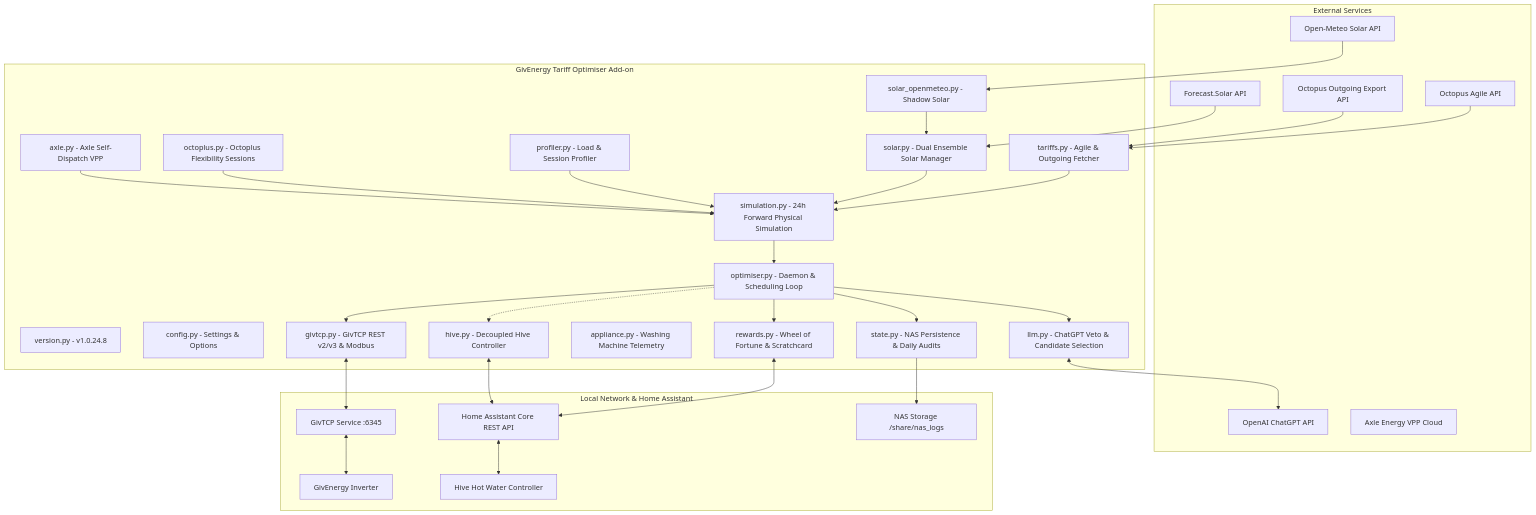
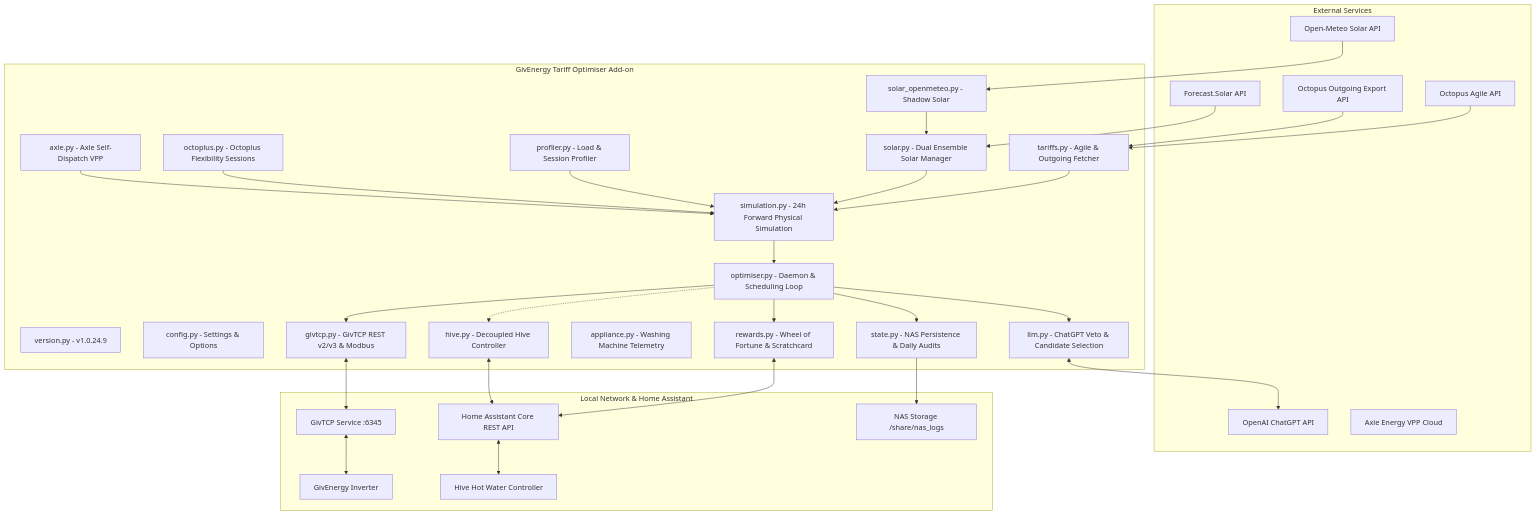
The first of 3 diagrams in ha-addon/SPECIFICATION.md (revhawk/GivEnergy_Tracker), drawn with Mermaid before and after one commit. The commit also changed other lines of this file and 12 other files, not shown here.

````diff
--- a/ha-addon/SPECIFICATION.md
+++ b/ha-addon/SPECIFICATION.md
@@ -19,67 +19,67 @@
 ```mermaid
 graph TD
     subgraph External Services
         Agile[Octopus Agile API]
         Outgoing[Octopus Outgoing Export API]
         FSolar[Forecast.Solar API]
         OMeteo[Open-Meteo Solar API]
         OpenAI[OpenAI ChatGPT API]
         Axle_Cloud[Axle Energy VPP Cloud]
     end
 
     subgraph GivEnergy Tariff Optimiser Add-on
-        Version[version.py - v1.0.24.8]
+        Version[version.py - v1.0.24.9]
         Config[config.py - Settings & Options]
         Optimiser[optimiser.py - Daemon & Scheduling Loop]
         SimEngine[simulation.py - 24h Forward Physical Simulation]
         Tariff_Mod[tariffs.py - Agile & Outgoing Fetcher]
         Solar_Mod[solar.py - Dual Ensemble Solar Manager]
         Meteo_Mod[solar_openmeteo.py - Shadow Solar]
         Profiler_Mod[profiler.py - Load & Session Profiler]
         GivTCP_Mod[givtcp.py - GivTCP REST v2/v3 & Modbus]
         Octoplus_Mod[octoplus.py - Octoplus Flexibility Sessions]
         Axle_Mod[axle.py - Axle Self-Dispatch VPP]
         Rewards_Mod[rewards.py - Wheel of Fortune & Scratchcard]
         Appliance_Mod[appliance.py - Washing Machine Telemetry]
         State_Mod[state.py - NAS Persistence & Daily Audits]
         LLM_Mod[llm.py - ChatGPT Veto & Candidate Selection]
         Hive_Mod[hive.py - Decoupled Hive Controller]
     end
 
     subgraph Local Network & Home Assistant
         GivTCP[GivTCP Service :6345]
         Inverter[GivEnergy Inverter]
         HA_API[Home Assistant Core REST API]
         NAS_Share[NAS Storage /share/nas_logs]
         Hive[Hive Hot Water Controller]
     end
 
     Agile --> Tariff_Mod
     Outgoing --> Tariff_Mod
     FSolar --> Solar_Mod
     OMeteo --> Meteo_Mod
     Meteo_Mod --> Solar_Mod
 
     Tariff_Mod --> SimEngine
     Solar_Mod --> SimEngine
     Profiler_Mod --> SimEngine
     Octoplus_Mod --> SimEngine
     Axle_Mod --> SimEngine
 
     SimEngine --> Optimiser
     Optimiser --> LLM_Mod
     LLM_Mod <--> OpenAI
     Optimiser --> GivTCP_Mod
     GivTCP_Mod <--> GivTCP
     GivTCP <--> Inverter
 
     Optimiser --> State_Mod
     State_Mod --> NAS_Share
 
     Optimiser --> Rewards_Mod
     Rewards_Mod <--> HA_API
 
     Optimiser -.-> Hive_Mod
     Hive_Mod <--> HA_API
     HA_API <--> Hive
 ```
````
